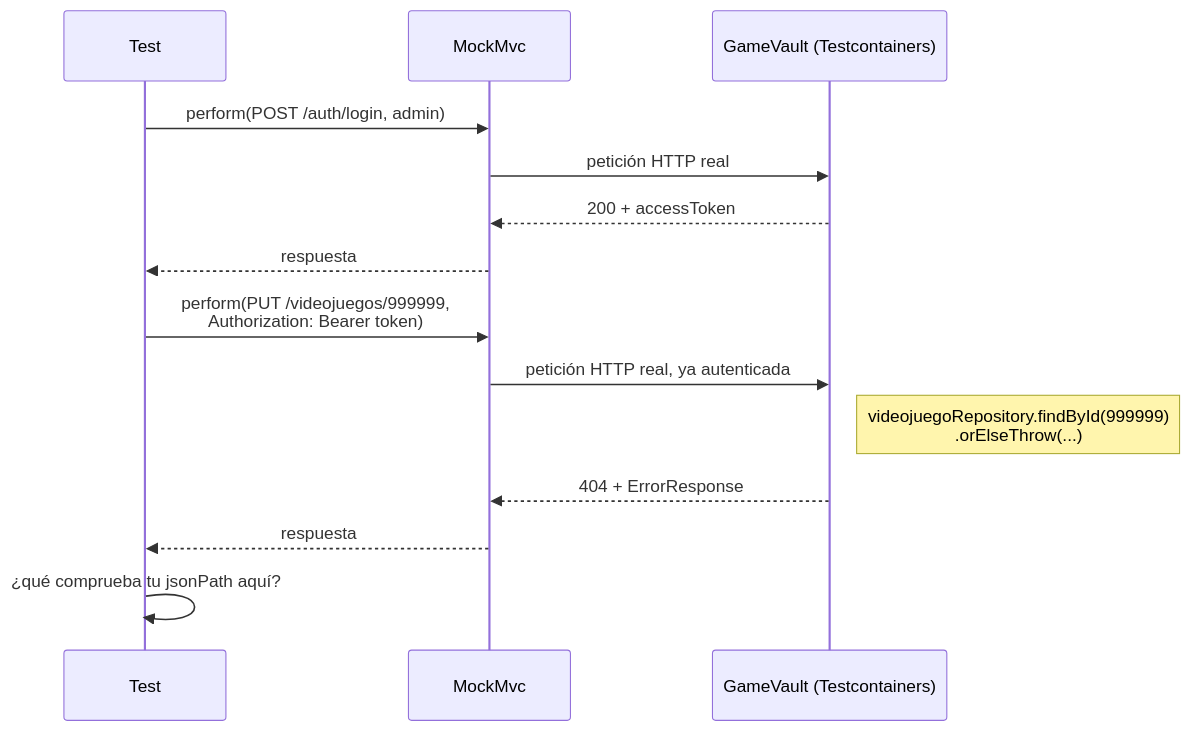
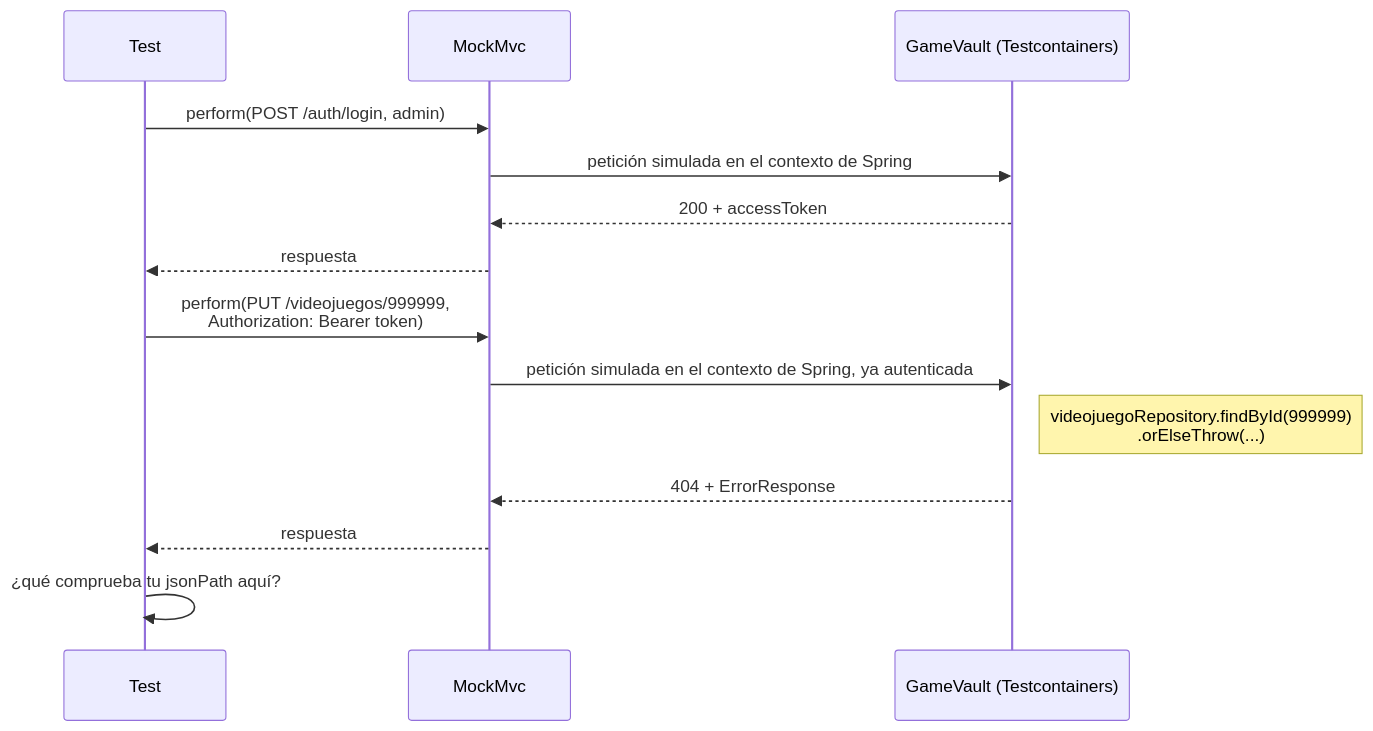
One commit to aitorventura/acceso-a-datos changed the fifth of 6 diagrams in docs/tema2/actividad_2_3.md. Above: the diagram before and after it, drawn with Mermaid. The commit also changed other lines of this file and 5 other files, not shown here.

````diff
--- a/docs/tema2/actividad_2_3.md
+++ b/docs/tema2/actividad_2_3.md
@@ -421,18 +390,18 @@
 ```mermaid
 sequenceDiagram
     participant Test
     participant MockMvc
     participant App as GameVault (Testcontainers)
 
     Test->>MockMvc: perform(POST /auth/login, admin)
-    MockMvc->>App: petición HTTP real
+    MockMvc->>App: petición simulada en el contexto de Spring
     App-->>MockMvc: 200 + accessToken
     MockMvc-->>Test: respuesta
 
     Test->>MockMvc: perform(PUT /videojuegos/999999,<br/>Authorization: Bearer token)
-    MockMvc->>App: petición HTTP real, ya autenticada
+    MockMvc->>App: petición simulada en el contexto de Spring, ya autenticada
     Note right of App: videojuegoRepository.findById(999999)<br/>.orElseThrow(...)
     App-->>MockMvc: 404 + ErrorResponse
     MockMvc-->>Test: respuesta
     Test->>Test: ¿qué comprueba tu jsonPath aquí?
 ```
````
